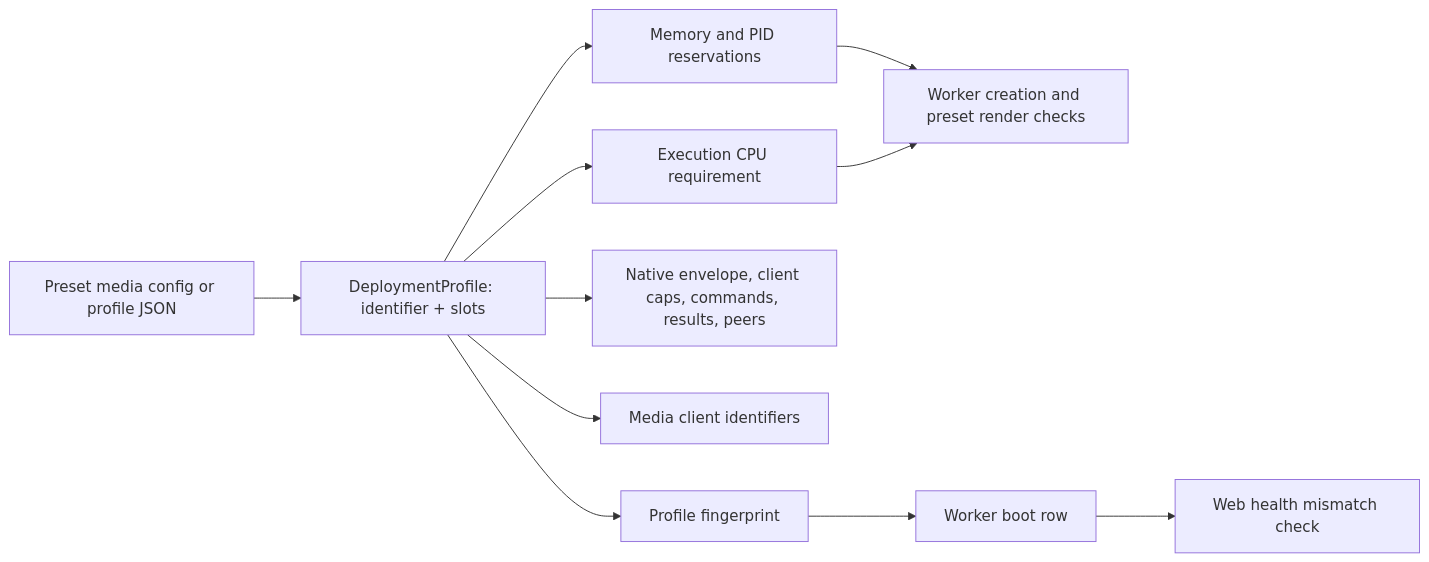
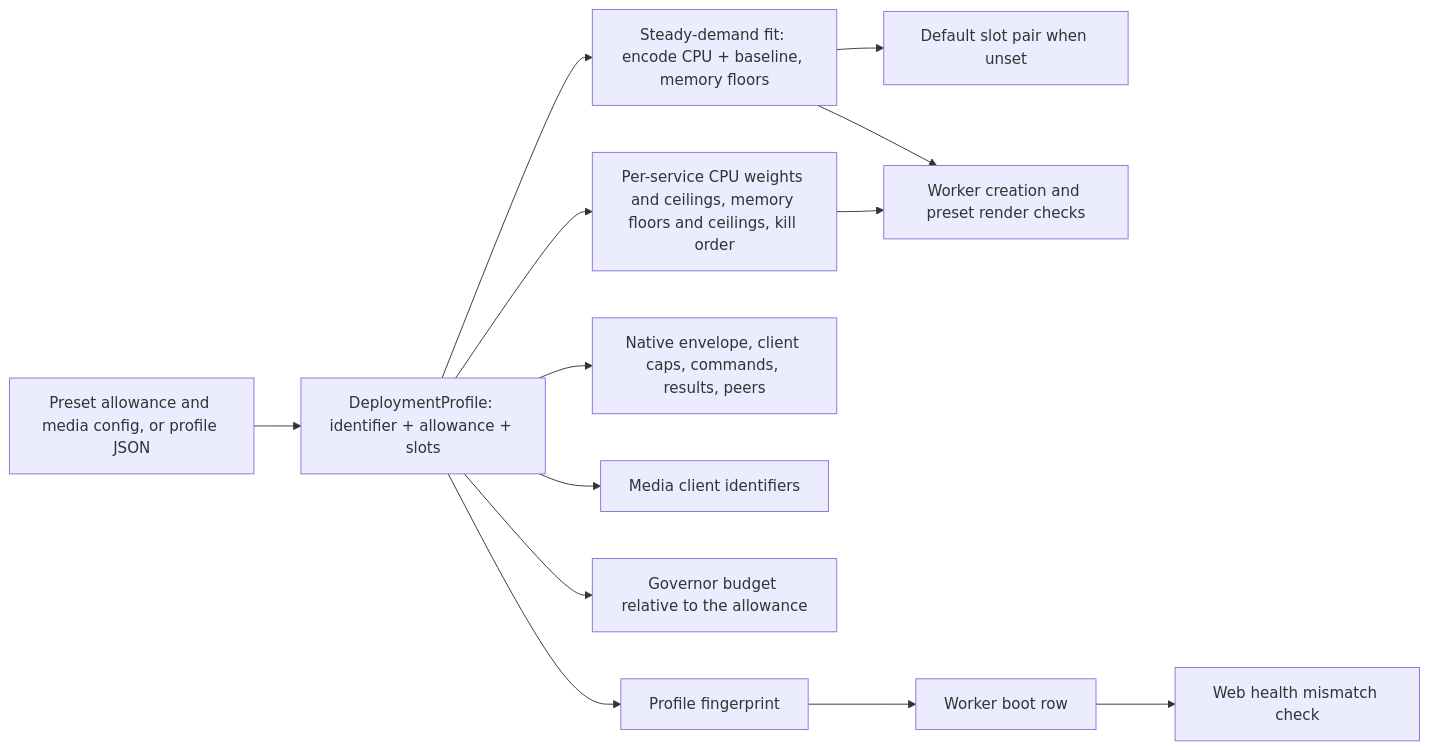
Before and after one commit to baander-app/baander: the first of 2 diagrams in docs/plans/2026-11-03-1905-feat-configurable-media-capacity-plan.md, drawn with Mermaid. The commit also changed other lines of this file and 1 other file, not shown here.

First line of the commit message:
docs(plan): derive capacity from a resource allowance with optional slots

````diff
--- a/docs/plans/2026-11-03-1905-feat-configurable-media-capacity-plan.md
+++ b/docs/plans/2026-11-03-1905-feat-configurable-media-capacity-plan.md
@@ -142,13 +160,15 @@
 ```mermaid
 flowchart LR
-    cfg[Preset media config or profile JSON] --> profile[DeploymentProfile: identifier + slots]
-    profile --> mem[Memory and PID reservations]
-    profile --> cpu[Execution CPU requirement]
+    cfg[Preset allowance and media config, or profile JSON] --> profile[DeploymentProfile: identifier + allowance + slots]
+    profile --> fit[Steady-demand fit: encode CPU + baseline, memory floors]
+    fit --> slots[Default slot pair when unset]
+    profile --> ranges[Per-service CPU weights and ceilings, memory floors and ceilings, kill order]
     profile --> native[Native envelope, client caps, commands, results, peers]
     profile --> ids[Media client identifiers]
+    profile --> gov[Governor budget relative to the allowance]
     profile --> fp[Profile fingerprint]
-    mem --> admit[Worker creation and preset render checks]
-    cpu --> admit
+    fit --> admit[Worker creation and preset render checks]
+    ranges --> admit
     fp --> boot[Worker boot row]
     boot --> health[Web health mismatch check]
 ```
````
